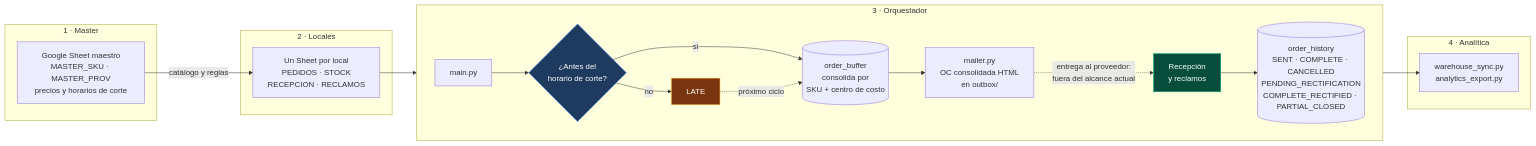
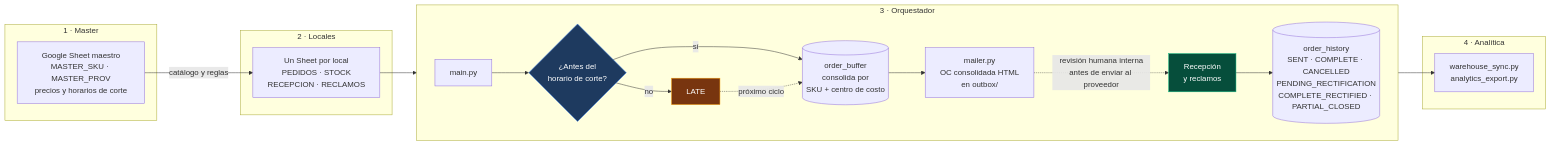
One commit to SimonChiabo/Sistema-de-Abastecimiento-Inteligente changed the diagram in README.md. Above: the diagram before and after it, drawn with Mermaid. The commit also changed other lines of this file, not shown here.

````diff
--- a/README.md
+++ b/README.md
@@ -117,32 +148,32 @@
 ```mermaid
 flowchart LR
     subgraph C1["1 · Master"]
         M["Google Sheet maestro<br/>MASTER_SKU · MASTER_PROV<br/>precios y horarios de corte"]
     end
 
     subgraph C2["2 · Locales"]
         L["Un Sheet por local<br/>PEDIDOS · STOCK<br/>RECEPCION · RECLAMOS"]
     end
 
     subgraph C3["3 · Orquestador"]
         direction LR
         O["main.py"] --> D{"¿Antes del<br/>horario de corte?"}
         D -->|sí| B[("order_buffer<br/>consolida por<br/>SKU + centro de costo")]
         D -->|no| T["LATE"]
         T -.->|próximo ciclo| B
         B --> E["mailer.py<br/>OC consolidada HTML<br/>en outbox/"]
-        E -.->|entrega al proveedor:<br/>fuera del alcance actual| R["Recepción<br/>y reclamos"]
+        E -.->|revisión humana interna<br/>antes de enviar al proveedor| R["Recepción<br/>y reclamos"]
         R --> H[("order_history<br/>SENT · COMPLETE · CANCELLED<br/>PENDING_RECTIFICATION<br/>COMPLETE_RECTIFIED · PARTIAL_CLOSED")]
     end
 
     subgraph C4["4 · Analítica"]
         W["warehouse_sync.py<br/>analytics_export.py"]
     end
 
     M -->|catálogo y reglas| L --> O
     H --> W
 
     style T fill:#78350f,stroke:#f59e0b,color:#fff
     style D fill:#1e3a5f,stroke:#3b82f6,color:#fff
     style R fill:#064e3b,stroke:#10b981,color:#fff
 ```
````
